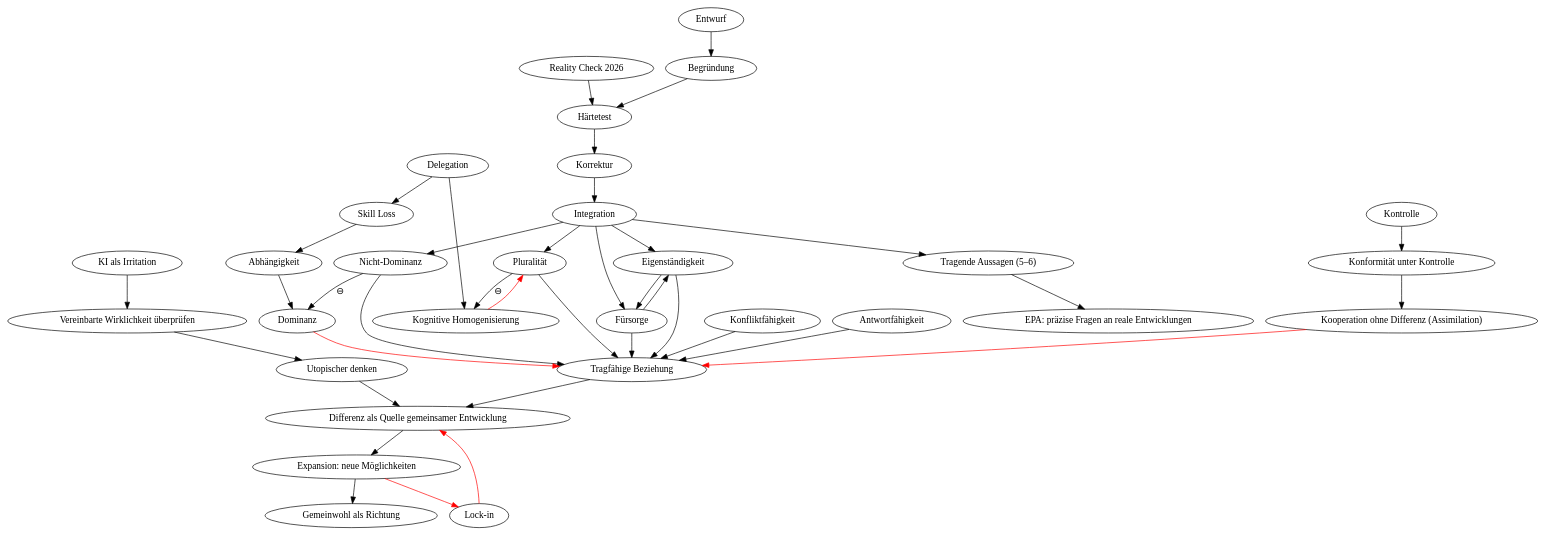
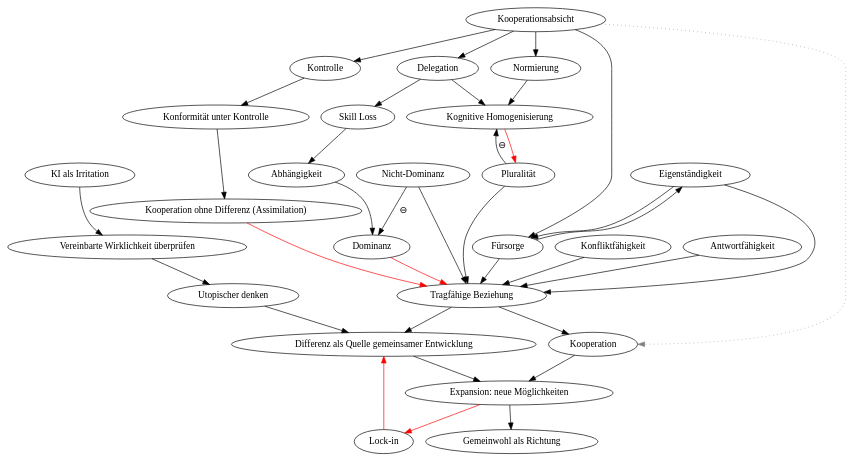
The diagram in eukarya.dot (ai-and-we/Eukarya), drawn with Graphviz before and after one commit. The commit also changed 2 other files, not shown here.

Commit message:
developing diagram further plus hybrid page
improving the diagram a bit:
* removing some procedural nodes
* adding "Kooperation" nodes
* adding Normierung

creating a new, hybrid text-and-diagram demo: eukarya-in-pictures

deployed 3 pages to preview server:

https://wetbox.a-perfect.world/eukarya-paper
https://wetbox.a-perfect.world/eukarya-diagram
https://wetbox.a-perfect.world/eukarya-in-pictures

```diff
--- a/eukarya.dot
+++ b/eukarya.dot
@@ -1,62 +1,50 @@
-strict digraph {
+digraph {
 
 // Ausgangsimpuls und Orientierung
-ki_irritation [label="KI als Irritation"]
+ki_irritation            [label="KI als Irritation"]
+vereinbarte_wirklichkeit [label="Vereinbarte Wirklichkeit überprüfen"]
+utopischer_blick         [label="Utopischer denken"]
 ki_irritation -> vereinbarte_wirklichkeit -> utopischer_blick -> gemeinsame_entwicklung
-vereinbarte_wirklichkeit [label="Vereinbarte Wirklichkeit überprüfen"]
-utopischer_blick [label="Utopischer denken"]
-
-// Methode
-reality_check [label="Reality Check 2026"]
-entwurf -> begruendung -> haertetest -> korrektur -> integration -> tragende_aussagen
-reality_check -> haertetest
-integration -> {eigenstaendigkeit nicht_dominanz pluralitaet fuersorge}
-entwurf [label="Entwurf"]
-haertetest [label="Härtetest"]
-korrektur [label="Korrektur"]
-integration [label="Integration"]
-begruendung [label="Begründung"]
-tragende_aussagen [label="Tragende Aussagen (5–6)"]
 
 // Korrektive und Beziehungsfähigkeiten
-eigenstaendigkeit [label="Eigenständigkeit"]
-nicht_dominanz [label="Nicht-Dominanz"]
-pluralitaet [label="Pluralität"]
-fuersorge [label="Fürsorge"]
-konfliktfaehigkeit [label="Konfliktfähigkeit"]
-antwortfaehigkeit [label="Antwortfähigkeit"]
+eigenstaendigkeit      [label="Eigenständigkeit"]
+nicht_dominanz         [label="Nicht-Dominanz"]
+pluralitaet            [label="Pluralität"]
+fuersorge              [label="Fürsorge"]
+konfliktfaehigkeit     [label="Konfliktfähigkeit"]
+antwortfaehigkeit      [label="Antwortfähigkeit"]
+tragfaehige_beziehung  [label="Tragfähige Beziehung"]
+gemeinsame_entwicklung [label="Differenz als Quelle gemeinsamer Entwicklung"]
+expansion              [label="Expansion: neue Möglichkeiten"]
+gemeinwohl             [label="Gemeinwohl als Richtung"]
 eigenstaendigkeit -> fuersorge
 fuersorge -> eigenstaendigkeit
 {eigenstaendigkeit nicht_dominanz pluralitaet fuersorge konfliktfaehigkeit antwortfaehigkeit} -> tragfaehige_beziehung
-tragfaehige_beziehung [label="Tragfähige Beziehung"]
 tragfaehige_beziehung -> gemeinsame_entwicklung -> expansion -> gemeinwohl
-gemeinsame_entwicklung [label="Differenz als Quelle gemeinsamer Entwicklung"]
-expansion [label="Expansion: neue Möglichkeiten"]
-gemeinwohl [label="Gemeinwohl als Richtung"]
-
-// Übersetzung
-tragende_aussagen -> epa_fragen
-epa_fragen [label="EPA: präzise Fragen an reale Entwicklungen"]
 
 // Risiken
-delegation -> skill_loss -> abhaengigkeit -> dominanz
-delegation -> homogenisierung
-kontrolle -> konformitaet -> scheinkooperation
-delegation [label="Delegation"]
-kontrolle [label="Kontrolle"]
-dominanz [label="Dominanz"]
-skill_loss [label="Skill Loss"]
-abhaengigkeit [label="Abhängigkeit"]
-homogenisierung [label="Kognitive Homogenisierung"]
-konformitaet [label="Konformität unter Kontrolle"]
+skill_loss        [label="Skill Loss"]
+abhaengigkeit     [label="Abhängigkeit"]
+homogenisierung   [label="Kognitive Homogenisierung"]
+konformitaet      [label="Konformität unter Kontrolle"]
 scheinkooperation [label="Kooperation ohne Differenz (Assimilation)"]
-lock_in [label="Lock-in"]
+lock_in           [label="Lock-in"]
+Delegation -> skill_loss -> abhaengigkeit -> Dominanz
+Delegation -> homogenisierung
+Kontrolle -> konformitaet -> scheinkooperation
 { edge [color=red]
-  dominanz -> tragfaehige_beziehung
+  Dominanz -> tragfaehige_beziehung
   homogenisierung -> pluralitaet
   scheinkooperation -> tragfaehige_beziehung
   expansion -> lock_in -> gemeinsame_entwicklung
 }
-nicht_dominanz -> dominanz [label="⊖"]
+nicht_dominanz -> Dominanz [label="⊖"]
 pluralitaet -> homogenisierung [label="⊖"]
+
+Kooperationsabsicht -> {Delegation Kontrolle fuersorge Normierung}
+Normierung -> homogenisierung
+tragfaehige_beziehung -> Kooperation -> expansion
+
+Kooperationsabsicht -> Kooperation [color=grey style=dotted]
+
 }
```
